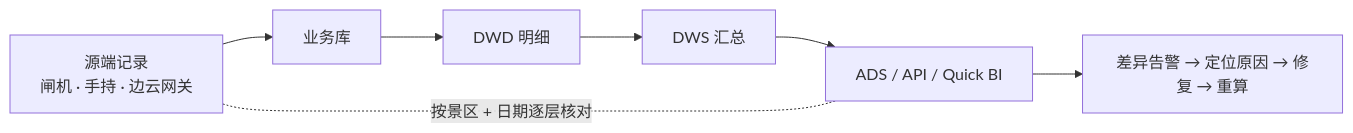
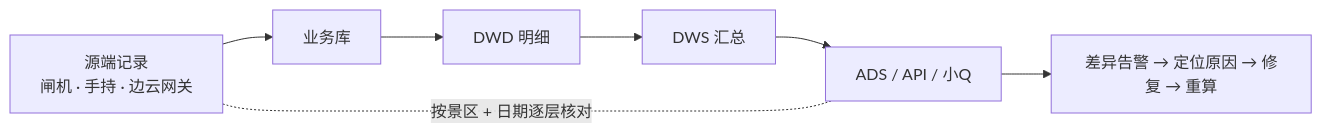
The seventh of 17 diagrams in AI＋数据平台建设汇报_正文.md (keanying/relevance), drawn with Mermaid before and after one commit. The commit also changed other lines of this file and 2 other files, not shown here.

````diff
--- a/AI＋数据平台建设汇报_正文.md
+++ b/AI＋数据平台建设汇报_正文.md
@@ -266,6 +266,6 @@
 ```mermaid
 flowchart LR
-  S[源端记录<br/>闸机 · 手持 · 边云网关] --> B[业务库] --> D[DWD 明细] --> W[DWS 汇总] --> A[ADS / API / Quick BI]
+  S[源端记录<br/>闸机 · 手持 · 边云网关] --> B[业务库] --> D[DWD 明细] --> W[DWS 汇总] --> A[ADS / API / 小Q]
   S -. 按景区 + 日期逐层核对 .- A
   A --> R[差异告警 → 定位原因 → 修复 → 重算]
 ```
````
